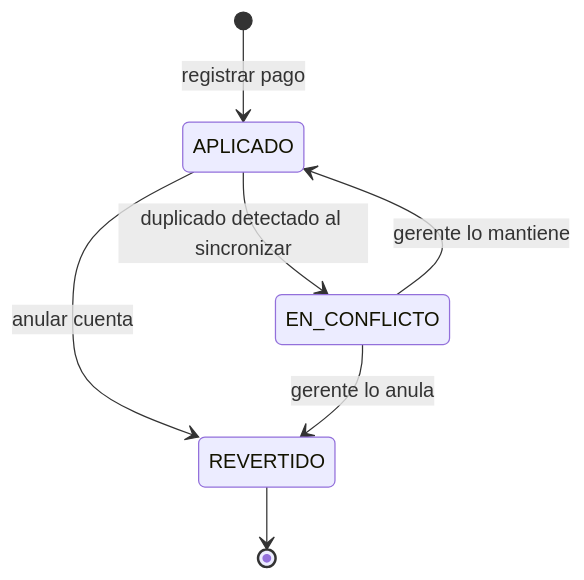
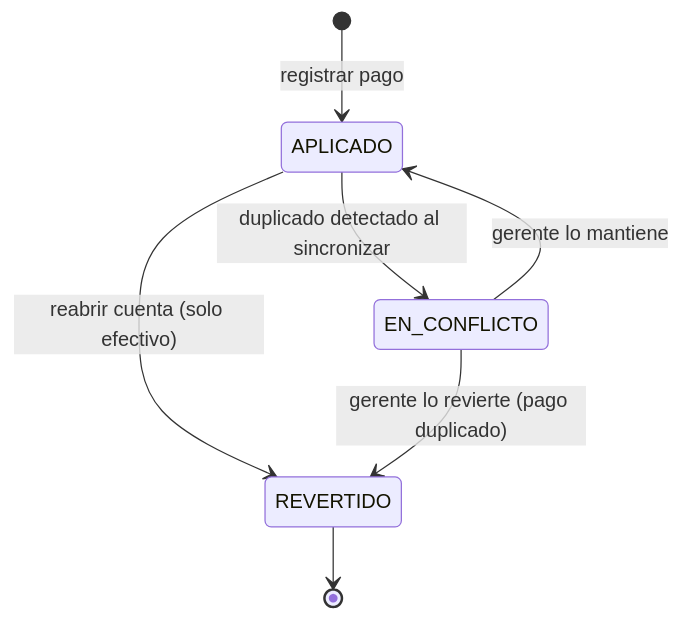
One commit to PabloReyes1/mise-by-rengo changed the eighth of 10 diagrams in Docs/05-flujos-y-estados.md. Above: the diagram before and after it, drawn with Mermaid. The commit also changed other lines of this file and 103 other files, not shown here.

````diff
--- a/Docs/05-flujos-y-estados.md
+++ b/Docs/05-flujos-y-estados.md
@@ -265,9 +267,9 @@
 ```mermaid
 stateDiagram-v2
     [*] --> APLICADO: registrar pago
-    APLICADO --> REVERTIDO: anular cuenta
+    APLICADO --> REVERTIDO: reabrir cuenta (solo efectivo)
     APLICADO --> EN_CONFLICTO: duplicado detectado al sincronizar
     EN_CONFLICTO --> APLICADO: gerente lo mantiene
-    EN_CONFLICTO --> REVERTIDO: gerente lo anula
+    EN_CONFLICTO --> REVERTIDO: gerente lo revierte (pago duplicado)
     REVERTIDO --> [*]
 ```
````
